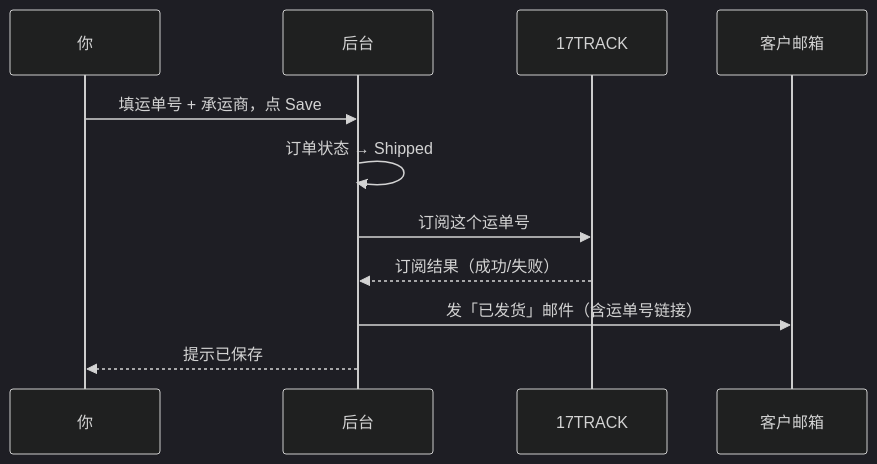
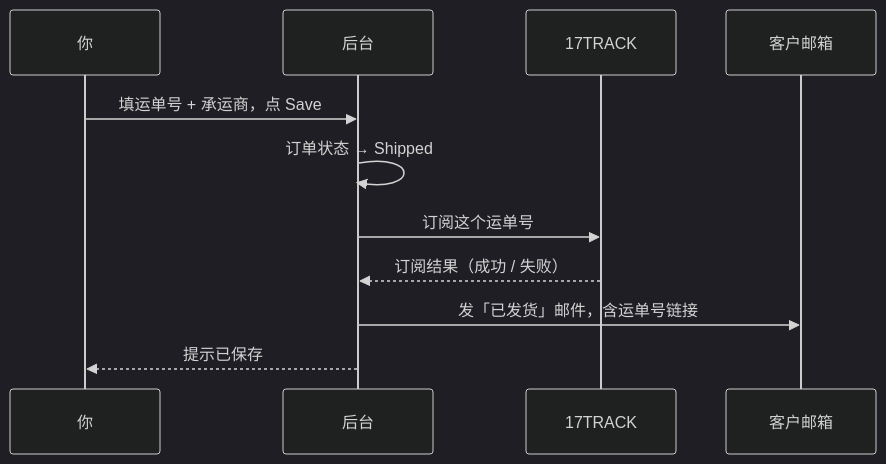
Before and after one commit to jiaminfu/wildkind: the third of 12 diagrams in handover/09-培训与使用/员工使用教程-v1.0.md, drawn with Mermaid (dark theme).

Commit message:
修正教程时序图的参与者写法（ASCII 别名，避免数字开头与中文 id 的解析风险）+ 验收清单条目数

````diff
--- a/handover/09-培训与使用/员工使用教程-v1.0.md
+++ b/handover/09-培训与使用/员工使用教程-v1.0.md
@@ -152,13 +152,13 @@
 ```mermaid
 sequenceDiagram
-    participant 你
-    participant 后台
-    participant 17TRACK
-    participant 客户邮箱
-    你->>后台: 填运单号 + 承运商，点 Save
-    后台->>后台: 订单状态 → Shipped
-    后台->>17TRACK: 订阅这个运单号
-    17TRACK-->>后台: 订阅结果（成功/失败）
-    后台->>客户邮箱: 发「已发货」邮件（含运单号链接）
-    后台-->>你: 提示已保存
+    participant U as 你
+    participant S as 后台
+    participant T as 17TRACK
+    participant M as 客户邮箱
+    U->>S: 填运单号 + 承运商，点 Save
+    S->>S: 订单状态 → Shipped
+    S->>T: 订阅这个运单号
+    T-->>S: 订阅结果（成功 / 失败）
+    S->>M: 发「已发货」邮件，含运单号链接
+    S-->>U: 提示已保存
 ```
````
